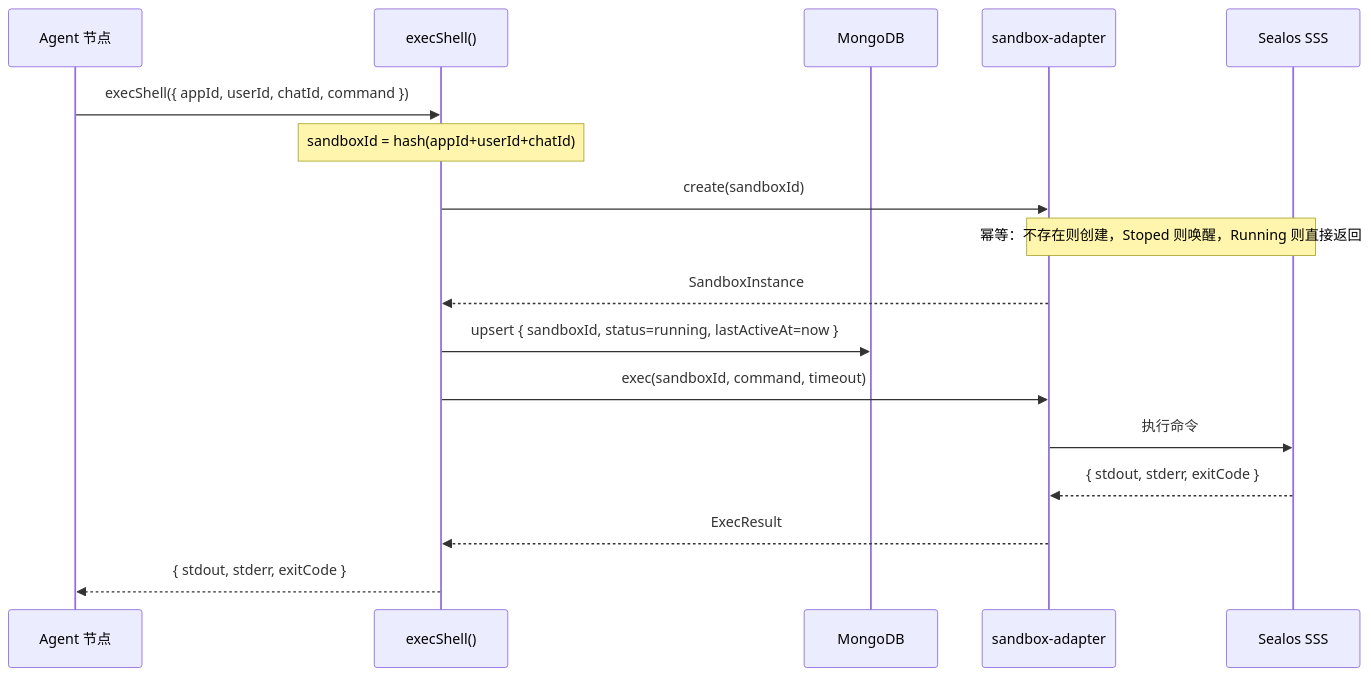
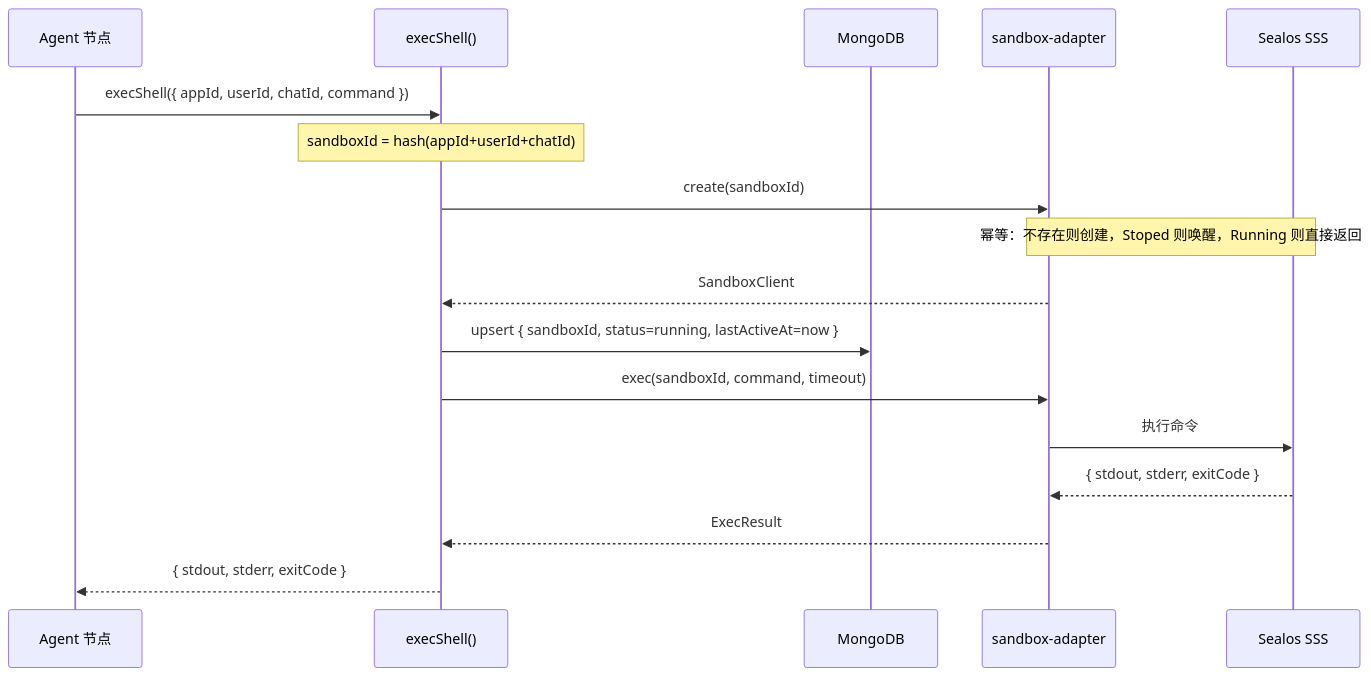
Before and after one commit to labring/FastGPT: the fifth of 7 diagrams in .claude/skills/design/core/ai/sandbox/prd.md, drawn with Mermaid. The commit also changed other lines of this file and 62 other files, not shown here.

````diff
--- a/.claude/skills/design/core/ai/sandbox/prd.md
+++ b/.claude/skills/design/core/ai/sandbox/prd.md
@@ -150,23 +155,23 @@
 ```mermaid
 sequenceDiagram
     participant Agent as Agent 节点
     participant Exec as execShell()
     participant DB as MongoDB
     participant SDK as sandbox-adapter
     participant SSS as Sealos SSS
 
     Agent->>Exec: execShell({ appId, userId, chatId, command })
     Note over Exec: sandboxId = hash(appId+userId+chatId)
 
     Exec->>SDK: create(sandboxId)
     Note over SDK,SSS: 幂等：不存在则创建，Stoped 则唤醒，Running 则直接返回
-    SDK-->>Exec: SandboxInstance
+    SDK-->>Exec: SandboxClient
 
     Exec->>DB: upsert { sandboxId, status=running, lastActiveAt=now }
 
     Exec->>SDK: exec(sandboxId, command, timeout)
     SDK->>SSS: 执行命令
     SSS-->>SDK: { stdout, stderr, exitCode }
     SDK-->>Exec: ExecResult
     Exec-->>Agent: { stdout, stderr, exitCode }
 ```
````
